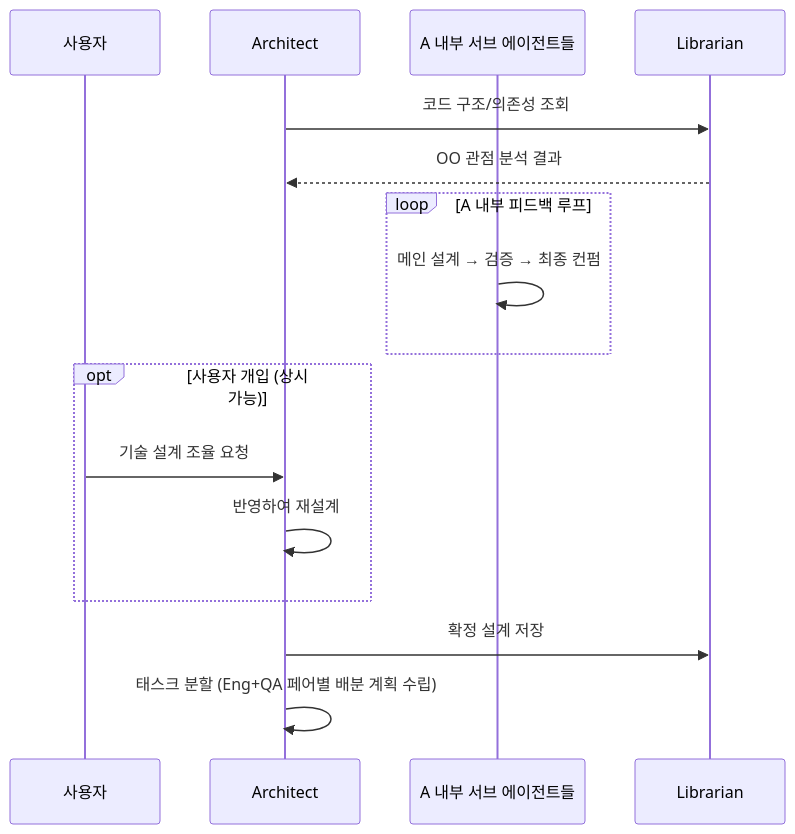
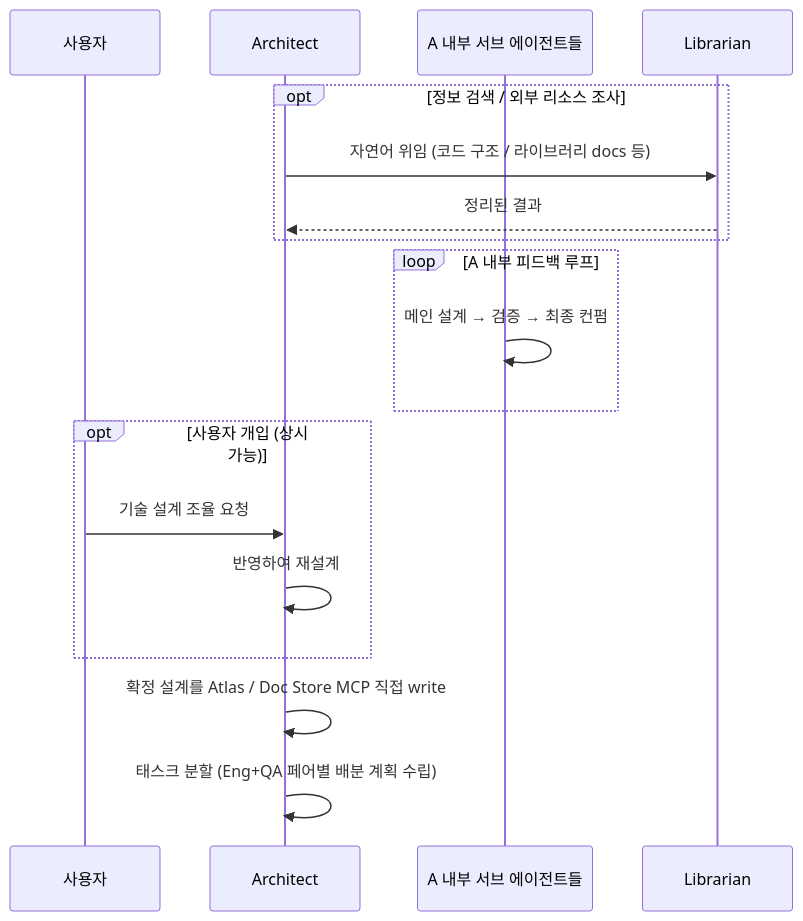
Before and after one commit to vonkernel/dev-team: the first of 2 diagrams in docs/proposal/workflow.md, drawn with Mermaid. The commit also changed other lines of this file and 2 other files, not shown here.

````diff
--- a/docs/proposal/workflow.md
+++ b/docs/proposal/workflow.md
@@ -28,22 +28,24 @@
 ```mermaid
 sequenceDiagram
     participant User as 사용자
     participant A as Architect
     participant Sub as A 내부 서브 에이전트들
     participant L as Librarian
 
-    A->>L: 코드 구조/의존성 조회
-    L-->>A: OO 관점 분석 결과
+    opt 정보 검색 / 외부 리소스 조사
+        A->>L: 자연어 위임 (코드 구조 / 라이브러리 docs 등)
+        L-->>A: 정리된 결과
+    end
 
     loop A 내부 피드백 루프
         Sub->>Sub: 메인 설계 → 검증 → 최종 컨펌
     end
 
     opt 사용자 개입 (상시 가능)
         User->>A: 기술 설계 조율 요청
         A->>A: 반영하여 재설계
     end
 
-    A->>L: 확정 설계 저장
+    A->>A: 확정 설계를 Atlas / Doc Store MCP 직접 write
     A->>A: 태스크 분할 (Eng+QA 페어별 배분 계획 수립)
 ```
````
